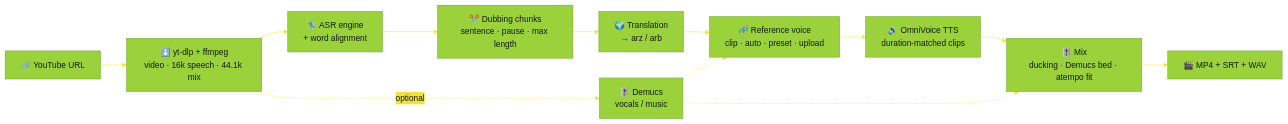
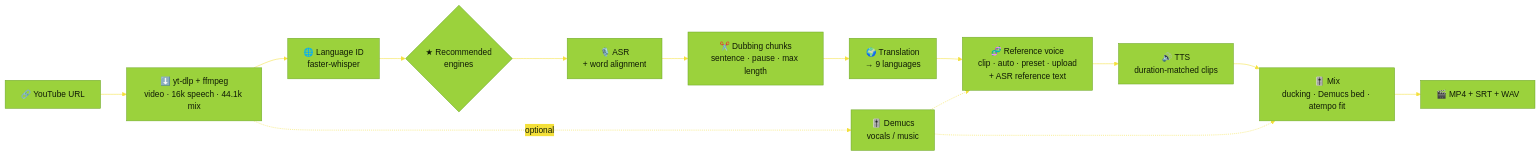
Before and after one commit to MohammedAly22/Dubby: the diagram in README.md, drawn with Mermaid. The commit also changed other lines of this file and 58 other files, not shown here.

First line of the commit message:
Add multilingual dubbing: 9 languages, auto-detection and engine recommendations

````diff
--- a/README.md
+++ b/README.md
@@ -185,15 +207,17 @@
 ```mermaid
 %%{init: {'theme':'base','themeVariables':{'primaryColor':'#9BD23C','primaryTextColor':'#0f1a05','primaryBorderColor':'#6FA82A','lineColor':'#F4E03A','secondaryColor':'#F4E03A','tertiaryColor':'#1a1f14'}}}%%
 flowchart LR
     A[🔗 YouTube URL] --> B[⬇️ yt-dlp + ffmpeg<br/>video · 16k speech · 44.1k mix]
-    B --> C[🎙️ ASR engine<br/>+ word alignment]
+    B --> L[🌐 Language ID<br/>faster-whisper]
+    L --> R{★ Recommended<br/>engines}
+    R --> C[🎙️ ASR<br/>+ word alignment]
     C --> D[✂️ Dubbing chunks<br/>sentence · pause · max length]
-    D --> E[🌍 Translation<br/>→ arz / arb]
-    E --> F[🧬 Reference voice<br/>clip · auto · preset · upload]
-    F --> G[🔊 OmniVoice TTS<br/>duration-matched clips]
+    D --> E[🌍 Translation<br/>→ 9 languages]
+    E --> F[🧬 Reference voice<br/>clip · auto · preset · upload<br/>+ ASR reference text]
+    F --> G[🔊 TTS<br/>duration-matched clips]
     G --> H[🎚️ Mix<br/>ducking · Demucs bed · atempo fit]
     H --> I[🎬 MP4 + SRT + WAV]
     B -.optional.-> S[🎚️ Demucs<br/>vocals / music]
     S -.-> F
     S -.-> H
 ```
````
